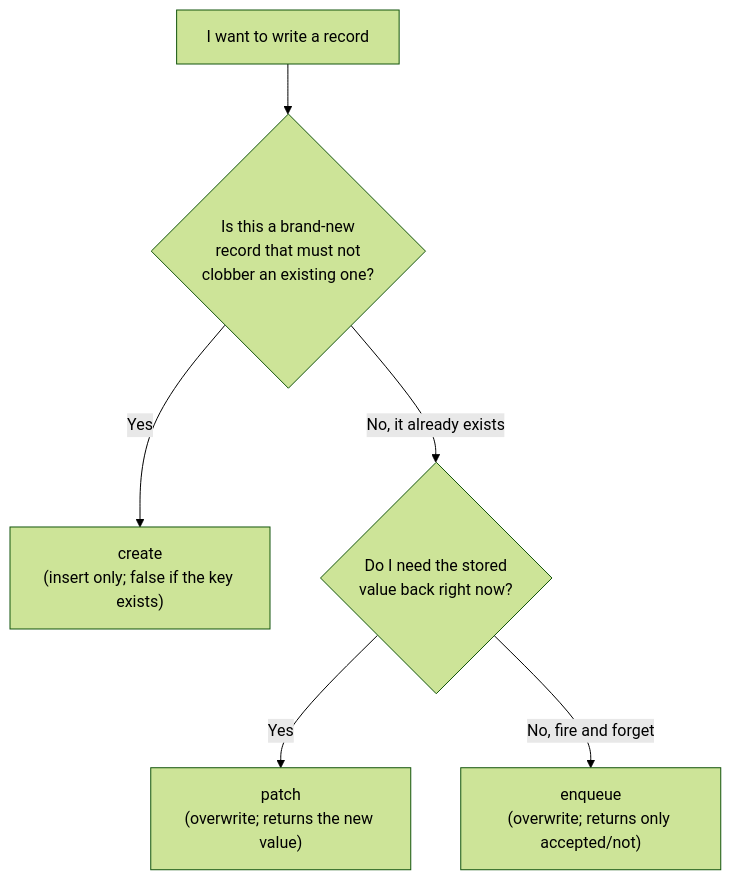
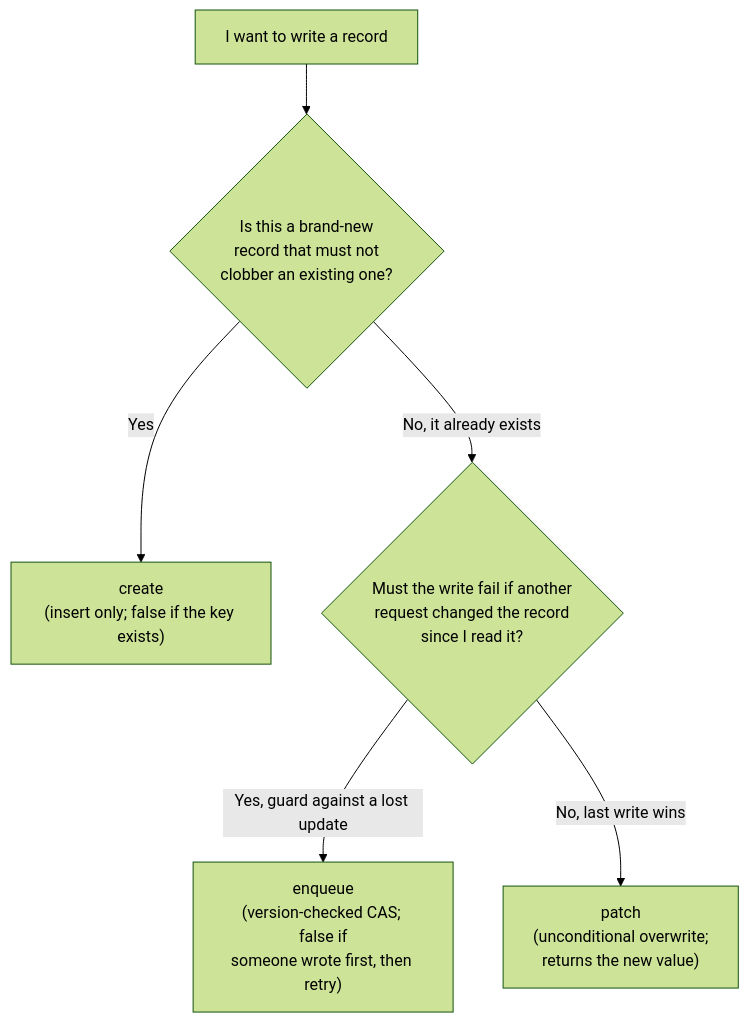
The diagram in docs/database/documents.md (dacely-cloud/toiljs), drawn with Mermaid (forest theme) before and after one commit. The commit also changed other lines of this file and 23 other files, not shown here.

````diff
--- a/docs/database/documents.md
+++ b/docs/database/documents.md
@@ -86,8 +86,8 @@
 ```mermaid
 flowchart TD
     START["I want to write a record"] --> Q1{"Is this a brand-new<br/>record that must not<br/>clobber an existing one?"}
     Q1 -->|Yes| CREATE["create<br/>(insert only; false if the key exists)"]
-    Q1 -->|No, it already exists| Q2{"Do I need the stored<br/>value back right now?"}
-    Q2 -->|Yes| PATCH["patch<br/>(overwrite; returns the new value)"]
-    Q2 -->|No, fire and forget| ENQUEUE["enqueue<br/>(overwrite; returns only accepted/not)"]
+    Q1 -->|"No, it already exists"| Q2{"Must the write fail if another<br/>request changed the record<br/>since I read it?"}
+    Q2 -->|"Yes, guard against a lost update"| ENQUEUE["enqueue<br/>(version-checked CAS; false if<br/>someone wrote first, then retry)"]
+    Q2 -->|"No, last write wins"| PATCH["patch<br/>(unconditional overwrite;<br/>returns the new value)"]
 ```
````
